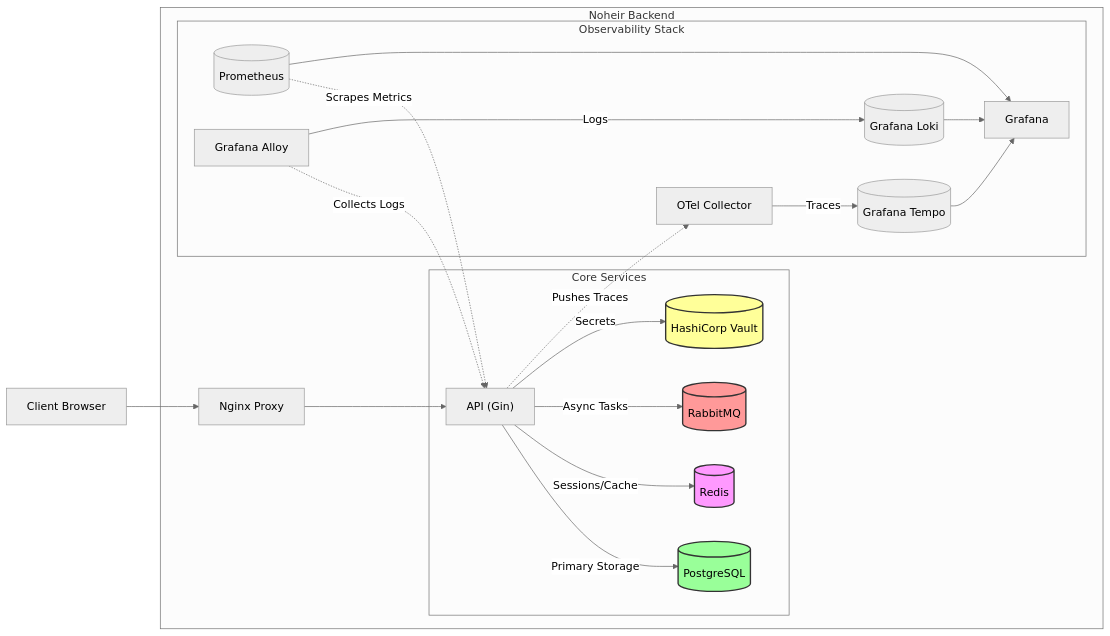
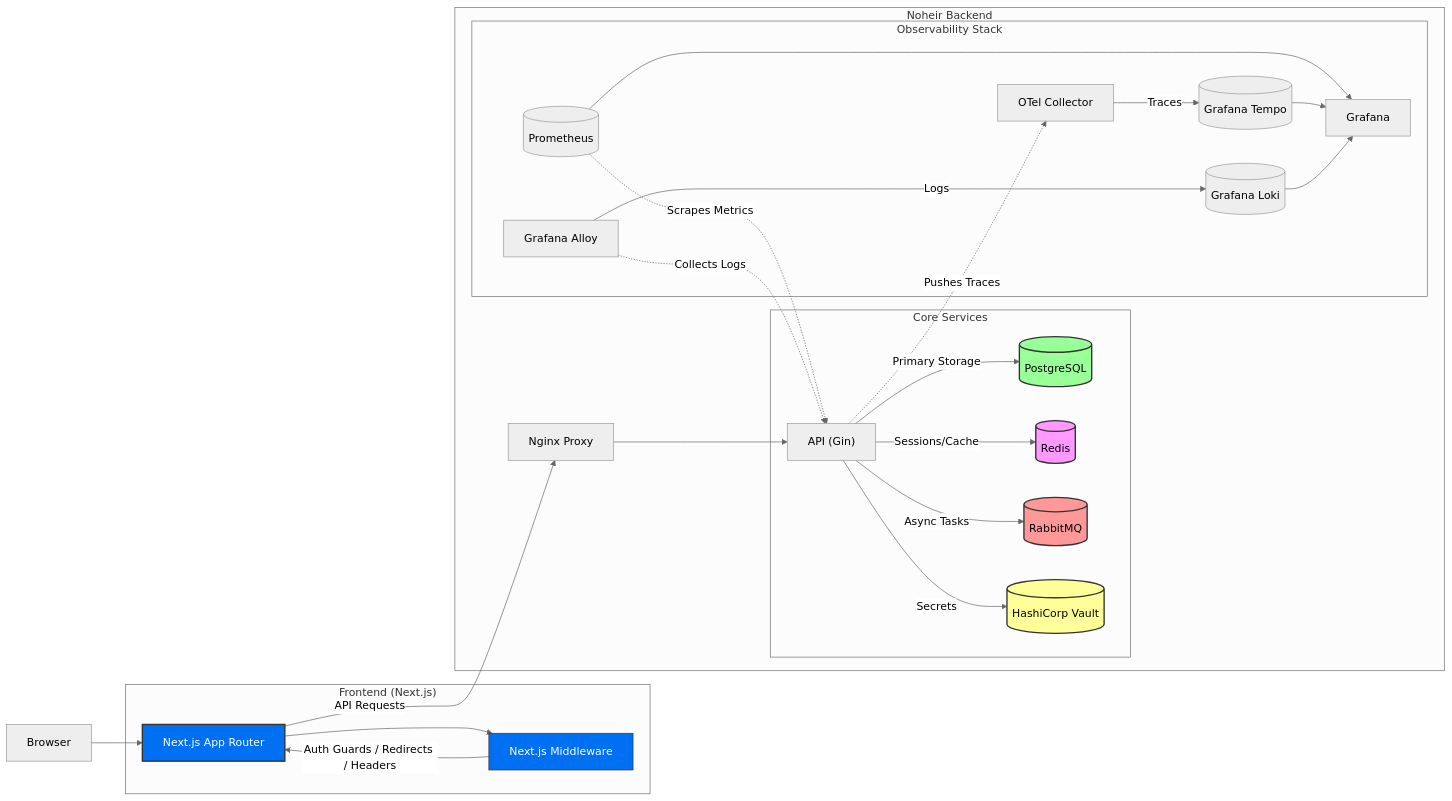
One commit to hynoras/nh-be changed the diagram in README.md. Above: the diagram before and after it, drawn with Mermaid (neutral theme). The commit also changed other lines of this file, not shown here.

Commit message:
docs(README): replace client with NextJS

````diff
--- a/README.md
+++ b/README.md
@@ -107,33 +113,42 @@
 ```mermaid
 flowchart LR
-    Client["Client Browser"] --> Nginx["Nginx Proxy"]
-    
+    Browser["Browser"] --> NextJS["Next.js App Router"]
+
+    subgraph "Frontend (Next.js)"
+        NextJS --> MW["Next.js Middleware"]
+        MW -->|"Auth Guards / Redirects / Headers"| NextJS
+    end
+
+    NextJS -->|"API Requests"| Nginx["Nginx Proxy"]
+
     subgraph "Noheir Backend"
         Nginx --> API["API (Gin)"]
-        
+
         subgraph "Core Services"
             API -->|"Primary Storage"| DB[("PostgreSQL")]
             API -->|"Sessions/Cache"| Redis[("Redis")]
             API -->|"Async Tasks"| MQ[("RabbitMQ")]
             API -->|"Secrets"| Vault[("HashiCorp Vault")]
         end
-        
+
         subgraph "Observability Stack"
             API -.->|"Pushes Traces"| OTel["OTel Collector"]
             Prometheus[("Prometheus")] -.->|"Scrapes Metrics"| API
             Alloy["Grafana Alloy"] -.->|"Collects Logs"| API
-            
+
             OTel -->|"Traces"| Tempo[("Grafana Tempo")]
             Alloy -->|"Logs"| Loki[("Grafana Loki")]
-            
+
             Prometheus --> Grafana["Grafana"]
             Tempo --> Grafana
             Loki --> Grafana
         end
     end
-    
+
+    style NextJS fill:#0070f3,stroke:#333,stroke-width:2px,color:#fff
+    style MW fill:#0070f3,stroke:#333,stroke-width:1px,color:#fff
     style DB fill:#9f9,stroke:#333,stroke-width:2px
     style Redis fill:#f9f,stroke:#333,stroke-width:2px
     style MQ fill:#f99,stroke:#333,stroke-width:2px
     style Vault fill:#ff9,stroke:#333,stroke-width:2px
 ```
````
